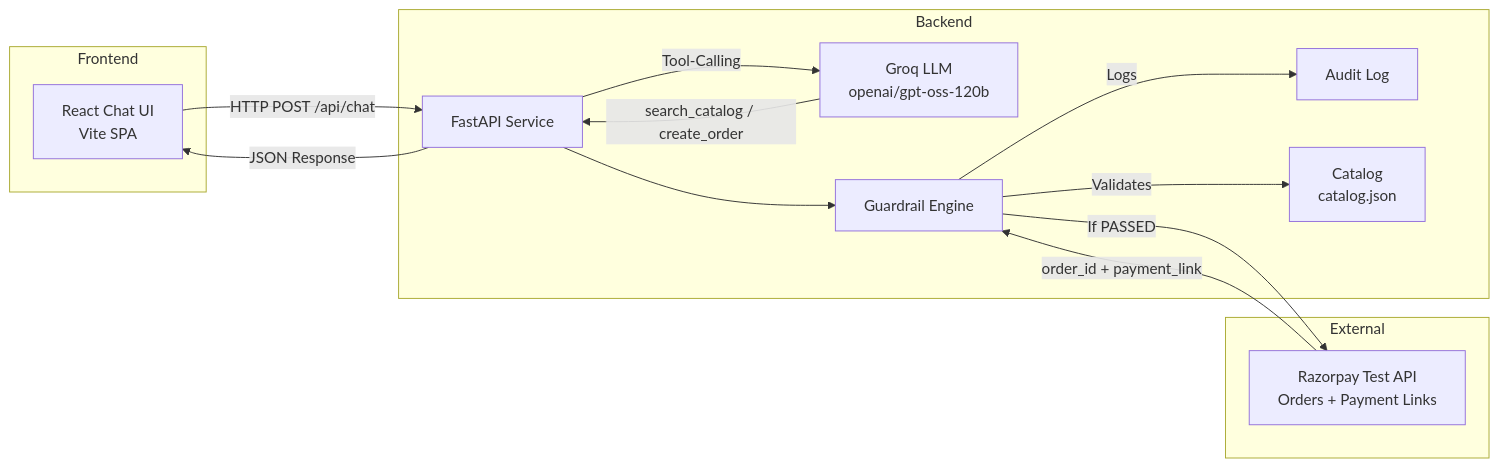
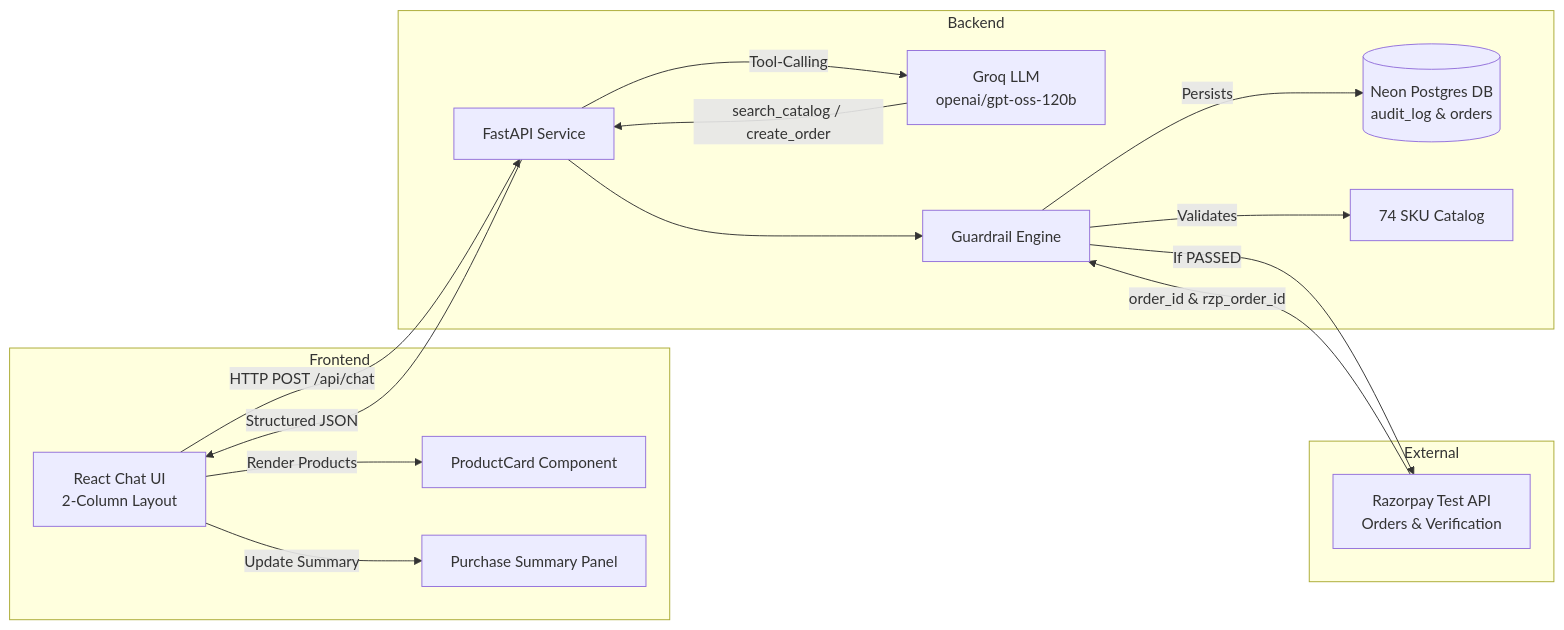
One commit to Vijajraj/Razorpay_checkout_agent changed the first of 3 diagrams in README.md. Above: the diagram before and after it, drawn with Mermaid. The commit also changed other lines of this file, not shown here.

Commit message:
docs: update README with structured response architecture, stock verification API, and system diagrams

````diff
--- a/README.md
+++ b/README.md
@@ -21,28 +67,32 @@
 ```mermaid
 graph LR
     subgraph Frontend
-        A[React Chat UI<br/>Vite SPA]
+        A[React Chat UI<br/>2-Column Layout]
+        PC[ProductCard Component]
+        PS[Purchase Summary Panel]
     end
 
     subgraph Backend
         B[FastAPI Service]
         C[Groq LLM<br/>openai/gpt-oss-120b]
         D[Guardrail Engine]
-        E[Audit Log]
-        F[Catalog<br/>catalog.json]
+        DB[(Neon Postgres DB<br/>audit_log & orders)]
+        F[74 SKU Catalog]
     end
 
     subgraph External
-        G[Razorpay Test API<br/>Orders + Payment Links]
+        G[Razorpay Test API<br/>Orders & Verification]
     end
 
     A -- HTTP POST /api/chat --> B
     B -- Tool-Calling --> C
     C -- search_catalog / create_order --> B
     B --> D
     D -- Validates --> F
-    D -- Logs --> E
+    D -- Persists --> DB
     D -- If PASSED --> G
-    G -- order_id + payment_link --> D
-    B -- JSON Response --> A
+    G -- order_id & rzp_order_id --> D
+    B -- Structured JSON --> A
+    A -- Render Products --> PC
+    A -- Update Summary --> PS
 ```
````
